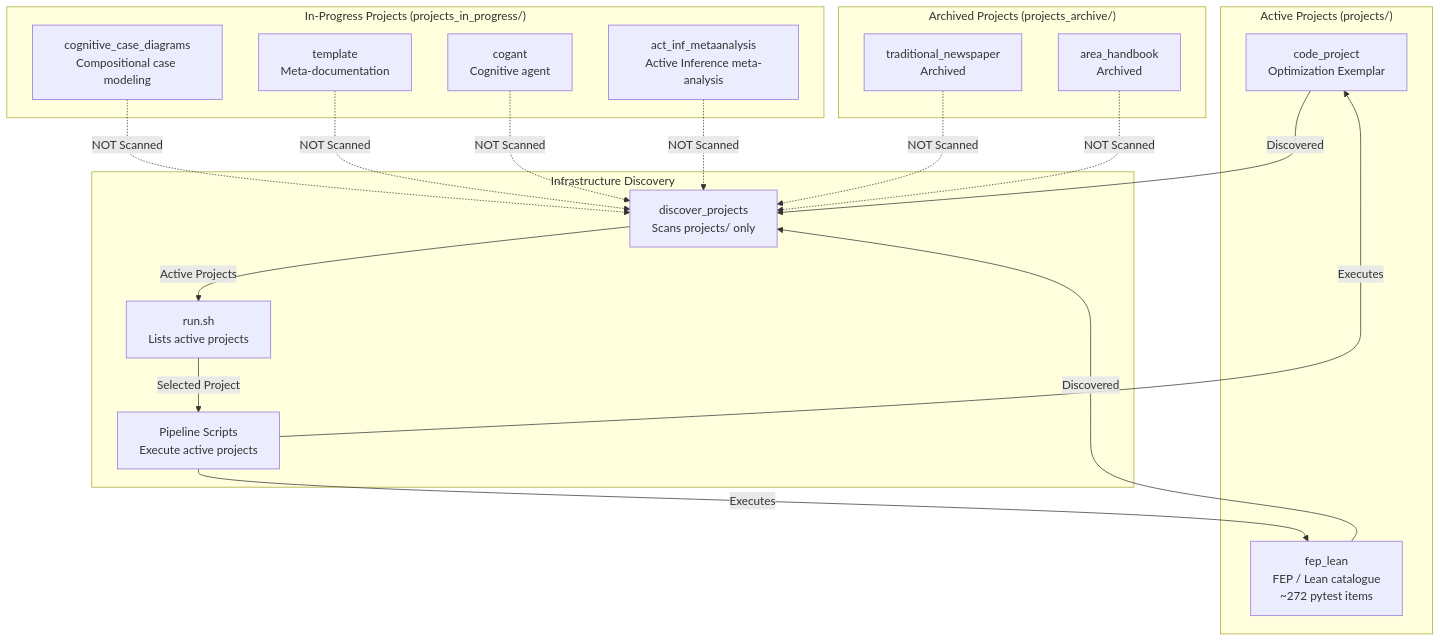
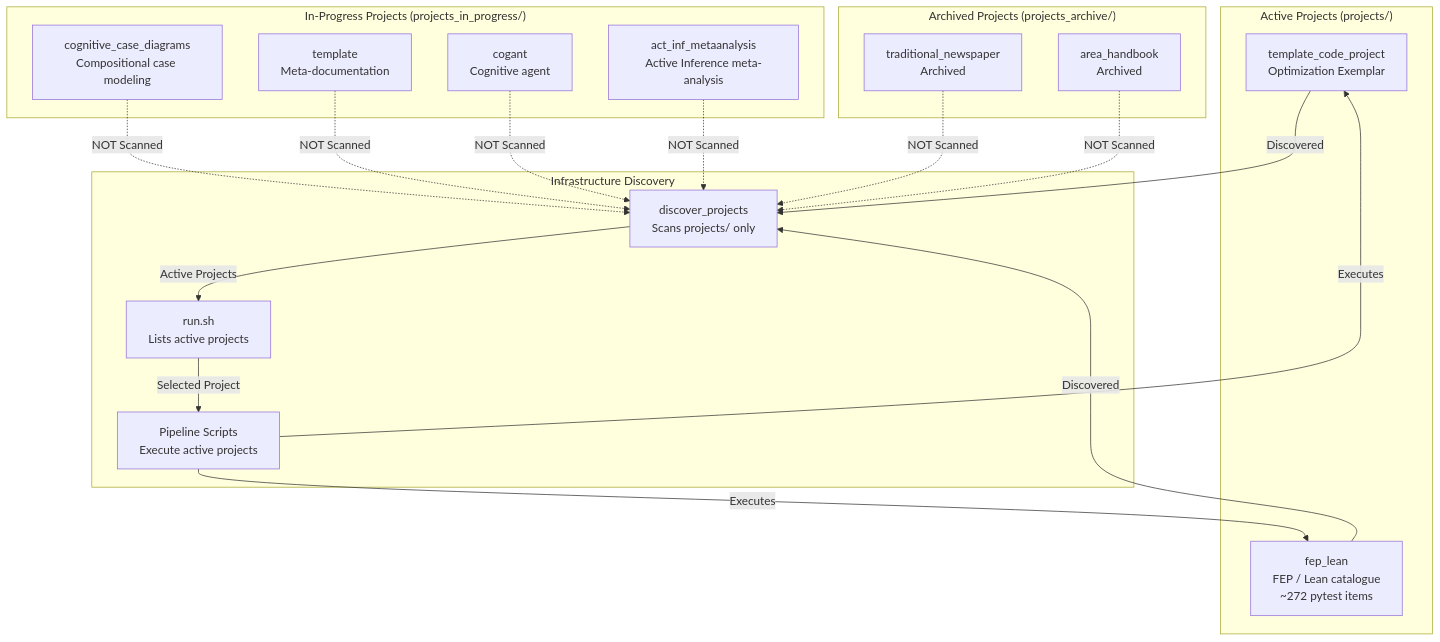
One commit to docxology/template changed the first of 7 diagrams in projects/AGENTS.md. Above: the diagram before and after it, drawn with Mermaid. The commit also changed other lines of this file and 822 other files, not shown here.

````diff
--- a/projects/AGENTS.md
+++ b/projects/AGENTS.md
@@ -61,39 +61,39 @@
 ```mermaid
 graph TD
     subgraph Active["Active Projects (projects/)"]
-        P1[code_project<br/>Optimization Exemplar]
+        P1[template_code_project<br/>Optimization Exemplar]
         P2[fep_lean<br/>FEP / Lean catalogue<br/>~272 pytest items]
     end
 
     subgraph InProgress["In-Progress Projects (projects_in_progress/)"]
         IP1[cognitive_case_diagrams<br/>Compositional case modeling]
         IP2[template<br/>Meta-documentation]
         IP3[cogant<br/>Cognitive agent]
         IP4[act_inf_metaanalysis<br/>Active Inference meta-analysis]
     end
 
     subgraph Archive["Archived Projects (projects_archive/)"]
         A1[traditional_newspaper<br/>Archived]
         A2[area_handbook<br/>Archived]
     end
 
     subgraph Infrastructure["Infrastructure Discovery"]
         DISCOVER[discover_projects<br/>Scans projects/ only]
         RUNSH[run.sh<br/>Lists active projects]
         PIPELINE[Pipeline Scripts<br/>Execute active projects]
     end
 
     P1 -->|Discovered| DISCOVER
     P2 -->|Discovered| DISCOVER
     IP1 -.->|NOT Scanned| DISCOVER
     IP2 -.->|NOT Scanned| DISCOVER
     IP3 -.->|NOT Scanned| DISCOVER
     IP4 -.->|NOT Scanned| DISCOVER
     A1 -.->|NOT Scanned| DISCOVER
     A2 -.->|NOT Scanned| DISCOVER
 
     DISCOVER -->|Active Projects| RUNSH
     RUNSH -->|Selected Project| PIPELINE
     PIPELINE -->|Executes| P1
     PIPELINE -->|Executes| P2
 ```
````
